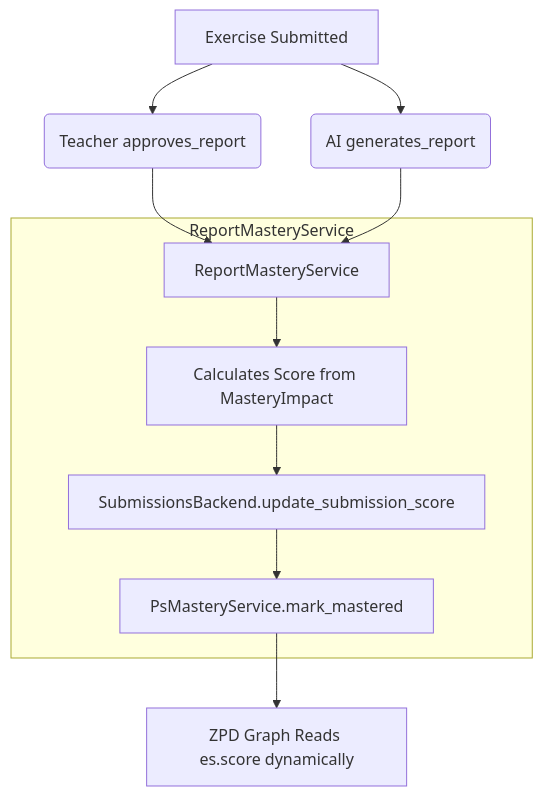
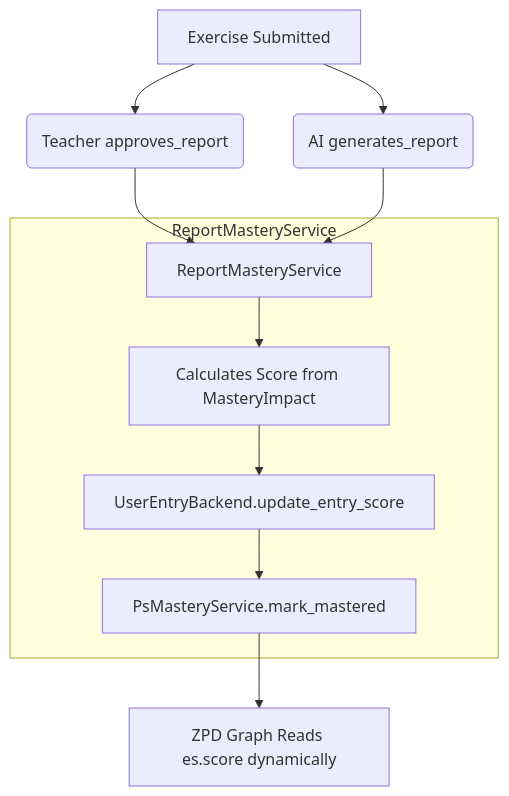
One commit to linguistic76/skuel changed the diagram in app/docs/architecture/REPORT_MASTERY_ARCHITECTURE.md. Above: the diagram before and after it, drawn with Mermaid. The commit also changed other lines of this file and 2 other files, not shown here.

First paragraph of the commit message:
docs(adr-054): fix Pipeline/ReportSource enum attribution + mastery backend rename (#171)
* docs(adr-054): fix Pipeline/ReportSource enum attribution + mastery backend rename

````diff
--- a/app/docs/architecture/REPORT_MASTERY_ARCHITECTURE.md
+++ b/app/docs/architecture/REPORT_MASTERY_ARCHITECTURE.md
@@ -36,16 +36,16 @@
 ```mermaid
 flowchart TD
     E[Exercise Submitted] --> T(Teacher approves_report)
     E --> A(AI generates_report)
     
     T --> RMS[ReportMasteryService]
     A --> RMS
     
     subgraph "ReportMasteryService"
     RMS --> S[Calculates Score from MasteryImpact]
-    S --> N[SubmissionsBackend.update_submission_score]
+    S --> N[UserEntryBackend.update_entry_score]
     N --> P[PsMasteryService.mark_mastered]
     end
     
     P --> Z[ZPD Graph Reads es.score dynamically]
 ```
````
